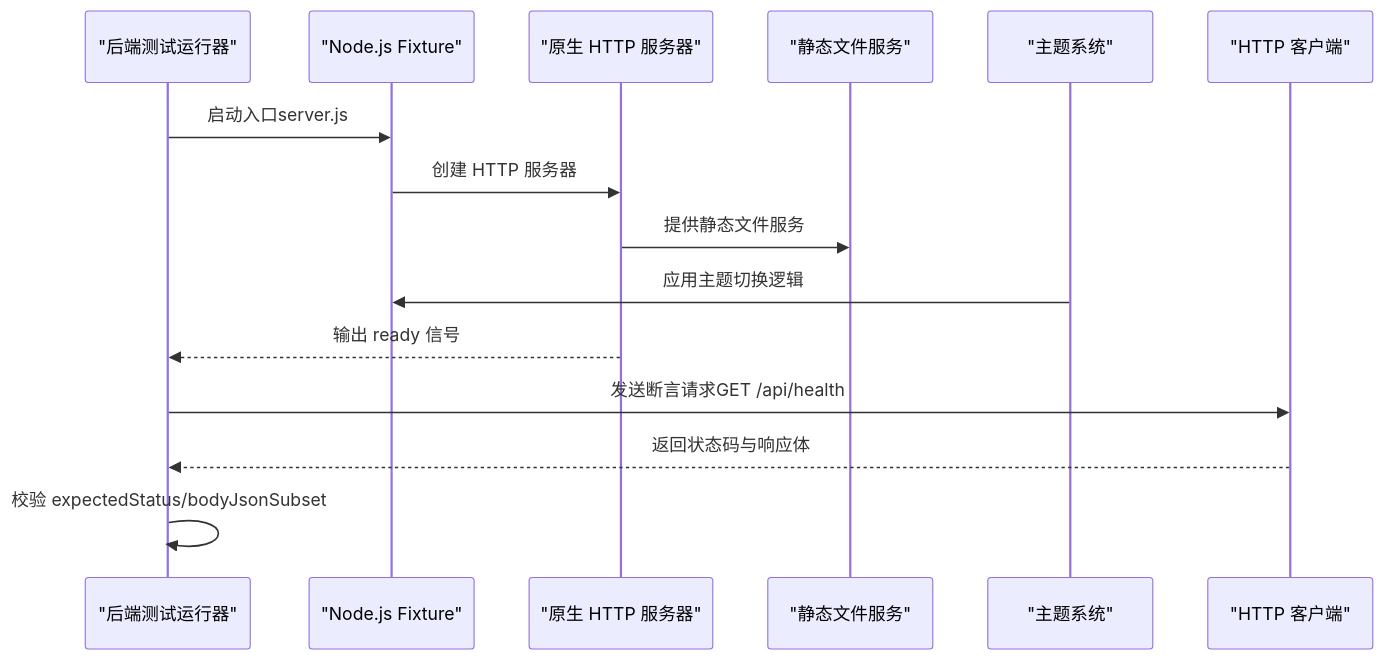
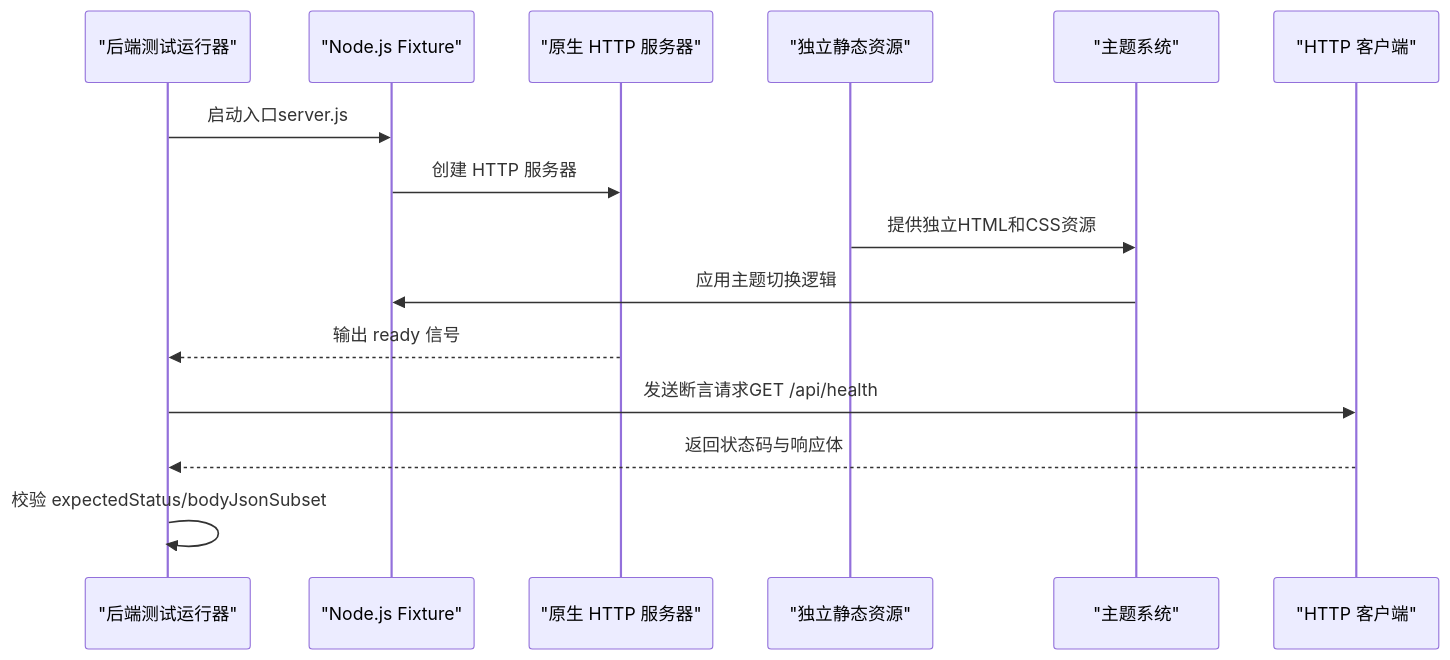
One commit to esa-sp/test-for-aone-ci changed the eighth of 9 diagrams in .qoder/repowiki/zh/content/后端框架测试/后端框架测试.md. Above: the diagram before and after it, drawn with Mermaid. The commit also changed other lines of this file and 5 other files, not shown here.

````diff
--- a/.qoder/repowiki/zh/content/后端框架测试/后端框架测试.md
+++ b/.qoder/repowiki/zh/content/后端框架测试/后端框架测试.md
@@ -385,17 +352,17 @@
 ```mermaid
 sequenceDiagram
 participant Runner as "后端测试运行器"
 participant Fixture as "Node.js Fixture"
 participant Server as "原生 HTTP 服务器"
-participant Static as "静态文件服务"
+participant Static as "独立静态资源"
 participant Theme as "主题系统"
 participant HTTP as "HTTP 客户端"
 Runner->>Fixture : 启动入口server.js
 Fixture->>Server : 创建 HTTP 服务器
-Server->>Static : 提供静态文件服务
+Static->>Theme : 提供独立HTML和CSS资源
 Theme->>Fixture : 应用主题切换逻辑
 Server-->>Runner : 输出 ready 信号
 Runner->>HTTP : 发送断言请求GET /api/health
 HTTP-->>Runner : 返回状态码与响应体
 Runner->>Runner : 校验 expectedStatus/bodyJsonSubset
 ```
````
